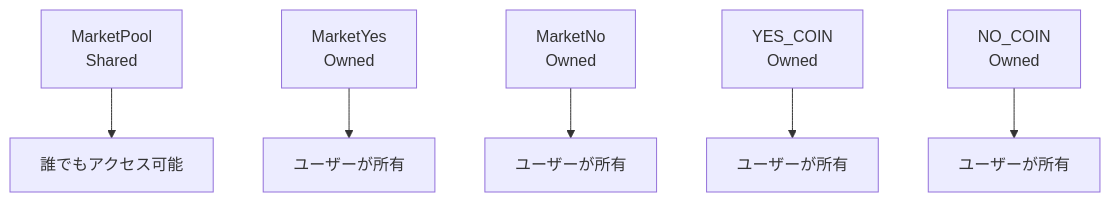
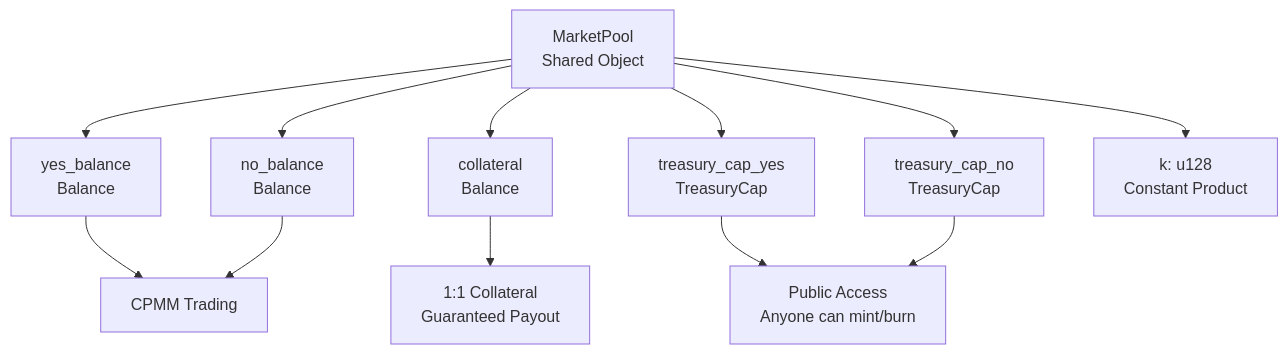
The third of 4 diagrams in docs/CPMM_SLIDES.md (uooooo/one-fight-arena-DAO), drawn with Mermaid before and after one commit. The commit also changed other lines of this file, not shown here.

Commit message:
docs: condense CPMM slides to 2 technical slides in English

````diff
--- a/docs/CPMM_SLIDES.md
+++ b/docs/CPMM_SLIDES.md
@@ -310,8 +86,15 @@
 ```mermaid
 graph TB
-    A[MarketPool<br/>Shared] --> B[誰でもアクセス可能]
-    C[MarketYes<br/>Owned] --> D[ユーザーが所有]
-    E[MarketNo<br/>Owned] --> F[ユーザーが所有]
-    G[YES_COIN<br/>Owned] --> H[ユーザーが所有]
-    I[NO_COIN<br/>Owned] --> J[ユーザーが所有]
+    A[MarketPool<br/>Shared Object] --> B[yes_balance<br/>Balance<YES_COIN>]
+    A --> C[no_balance<br/>Balance<NO_COIN>]
+    A --> D[collateral<br/>Balance<USDO>]
+    A --> E[treasury_cap_yes<br/>TreasuryCap<YES_COIN>]
+    A --> F[treasury_cap_no<br/>TreasuryCap<NO_COIN>]
+    A --> G[k: u128<br/>Constant Product]
+    
+    E --> H[Public Access<br/>Anyone can mint/burn]
+    F --> H
+    B --> I[CPMM Trading]
+    C --> I
+    D --> J[1:1 Collateral<br/>Guaranteed Payout]
 ```
````
